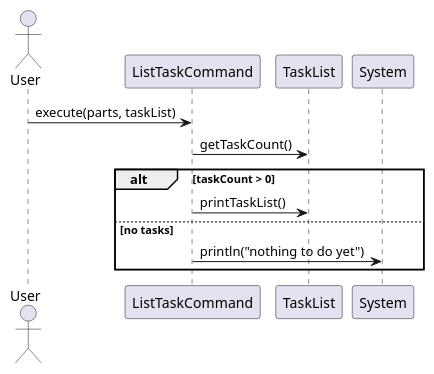
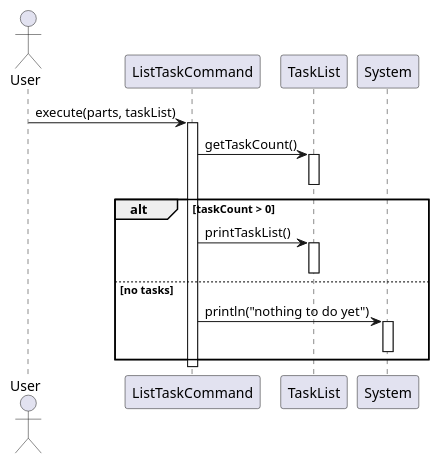
Before and after one commit to wongyihao02/tp: the diagram in docs/diagrams/tasklistcommands/ListTaskCommandSequenceDiagram.puml, drawn with PlantUML. The commit also changed 19 other files, not shown here.

Commit message:
Add activation bar for task command sequence diagrams

```diff
--- a/docs/diagrams/tasklistcommands/ListTaskCommandSequenceDiagram.puml
+++ b/docs/diagrams/tasklistcommands/ListTaskCommandSequenceDiagram.puml
@@ -1,19 +1,28 @@
 @startuml
 'https://plantuml.com/sequence-diagram
 
 actor User
 
 participant "ListTaskCommand" as ListCmd
 participant "TaskList" as TaskList
 participant "System" as Console
 
 User -> ListCmd : execute(parts, taskList)
+activate ListCmd
 
 ListCmd -> TaskList : getTaskCount()
+activate TaskList
+deactivate TaskList
+
 alt taskCount > 0
     ListCmd -> TaskList : printTaskList()
+    activate TaskList
+    deactivate TaskList
 else no tasks
     ListCmd -> Console : println("nothing to do yet")
+    activate Console
+    deactivate Console
 end
 
+deactivate ListCmd
 @enduml
```
